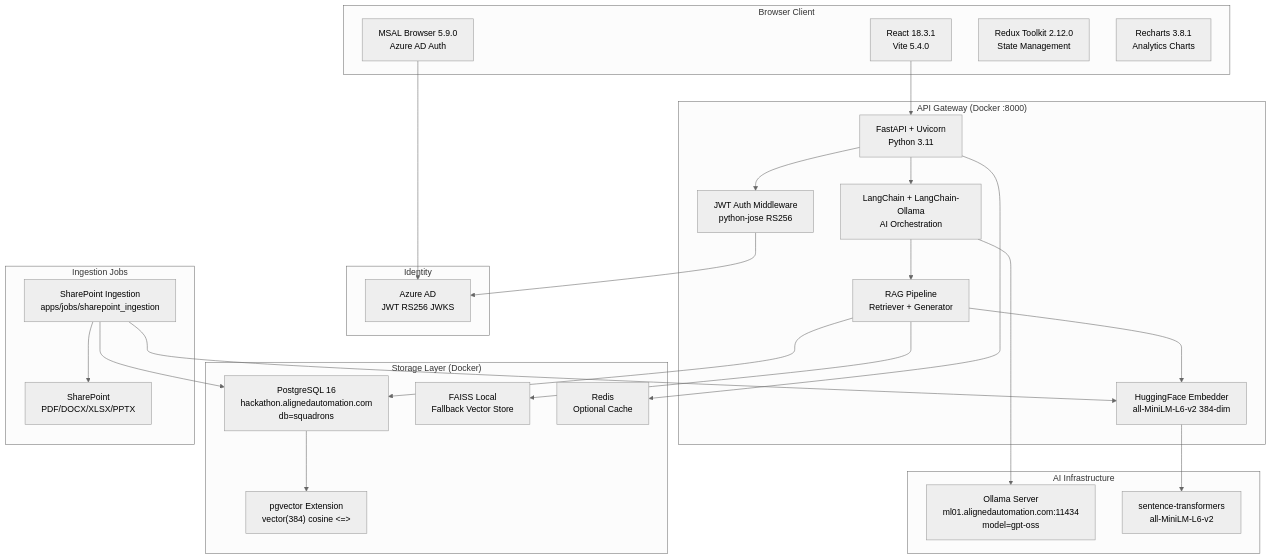
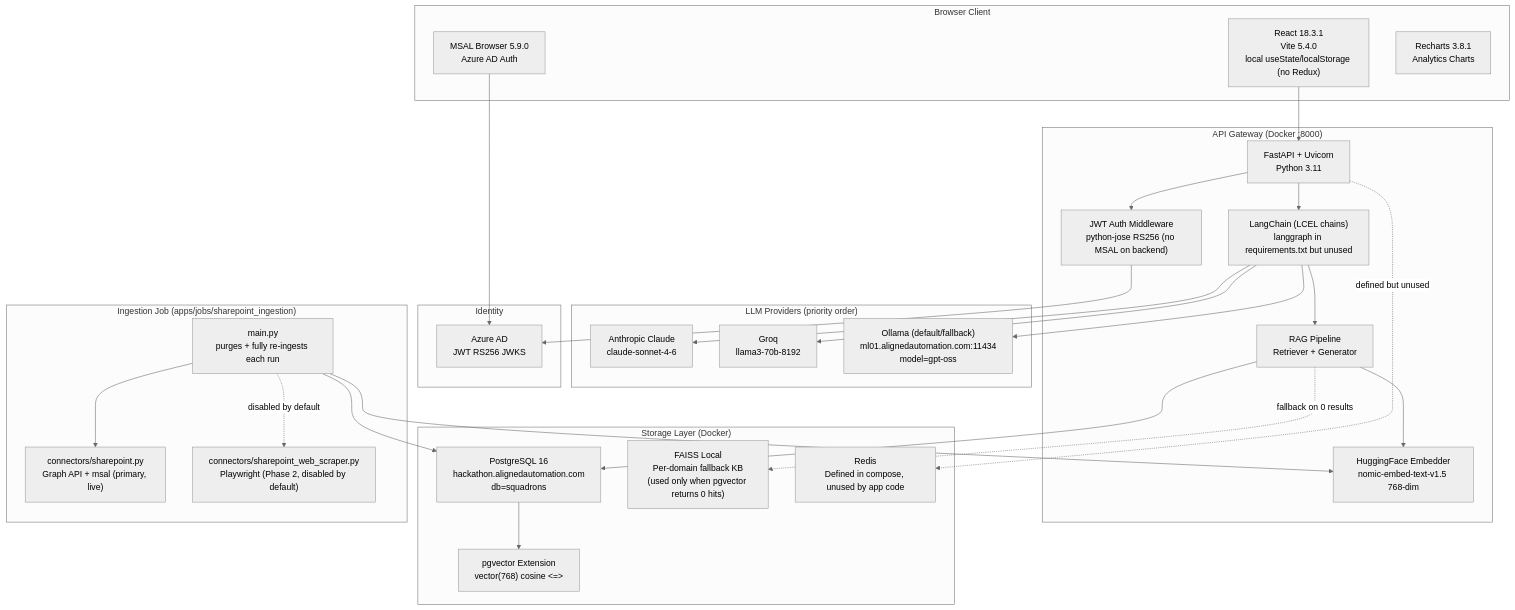
One commit to pdikondaaa/aa-hackathon changed the diagram in knowledge-specs/docs/07-technical/technical-standards.md. Above: the diagram before and after it, drawn with Mermaid (neutral theme). The commit also changed other lines of this file and 71 other files, not shown here.

````diff
--- a/knowledge-specs/docs/07-technical/technical-standards.md
+++ b/knowledge-specs/docs/07-technical/technical-standards.md
@@ -86,55 +87,58 @@
 ```mermaid
 graph TD
     subgraph Client["Browser Client"]
-        React["React 18.3.1\nVite 5.4.0"]
+        React["React 18.3.1\nVite 5.4.0\nlocal useState/localStorage (no Redux)"]
         MSAL["MSAL Browser 5.9.0\nAzure AD Auth"]
-        Redux["Redux Toolkit 2.12.0\nState Management"]
         Recharts["Recharts 3.8.1\nAnalytics Charts"]
     end
 
     subgraph API["API Gateway (Docker :8000)"]
         FastAPI["FastAPI + Uvicorn\nPython 3.11"]
-        Auth["JWT Auth Middleware\npython-jose RS256"]
-        LangChain["LangChain + LangChain-Ollama\nAI Orchestration"]
+        Auth["JWT Auth Middleware\npython-jose RS256 (no MSAL on backend)"]
+        LangChain["LangChain (LCEL chains)\nlanggraph in requirements.txt but unused"]
         RAG["RAG Pipeline\nRetriever + Generator"]
-        Embedder["HuggingFace Embedder\nall-MiniLM-L6-v2 384-dim"]
+        Embedder["HuggingFace Embedder\nnomic-embed-text-v1.5 768-dim"]
     end
 
     subgraph Storage["Storage Layer (Docker)"]
         PG["PostgreSQL 16\nhackathon.alignedautomation.com\ndb=squadrons"]
-        PGV["pgvector Extension\nvector(384) cosine <=>"]
-        FAISS["FAISS Local\nFallback Vector Store"]
-        Redis["Redis\nOptional Cache"]
+        PGV["pgvector Extension\nvector(768) cosine <=>"]
+        FAISS["FAISS Local\nPer-domain fallback KB\n(used only when pgvector returns 0 hits)"]
+        Redis["Redis\nDefined in compose, unused by app code"]
     end
 
-    subgraph AI["AI Infrastructure"]
-        Ollama["Ollama Server\nml01.alignedautomation.com:11434\nmodel=gpt-oss"]
-        SentT["sentence-transformers\nall-MiniLM-L6-v2"]
+    subgraph AI["LLM Providers (priority order)"]
+        Claude["Anthropic Claude\nclaude-sonnet-4-6"]
+        Groq["Groq\nllama3-70b-8192"]
+        Ollama["Ollama (default/fallback)\nml01.alignedautomation.com:11434\nmodel=gpt-oss"]
     end
 
     subgraph Identity["Identity"]
         AzureAD["Azure AD\nJWT RS256 JWKS"]
     end
 
-    subgraph Ingestion["Ingestion Jobs"]
-        SPIngestion["SharePoint Ingestion\napps/jobs/sharepoint_ingestion"]
-        SP["SharePoint\nPDF/DOCX/XLSX/PPTX"]
+    subgraph Ingestion["Ingestion Job (apps/jobs/sharepoint_ingestion)"]
+        SPIngestion["main.py\npurges + fully re-ingests each run"]
+        SPGraph["connectors/sharepoint.py\nGraph API + msal (primary, live)"]
+        SPScrape["connectors/sharepoint_web_scraper.py\nPlaywright (Phase 2, disabled by default)"]
     end
 
     React --> FastAPI
     MSAL --> AzureAD
     FastAPI --> Auth
     Auth --> AzureAD
     FastAPI --> LangChain
+    LangChain --> Claude
+    LangChain --> Groq
     LangChain --> Ollama
     LangChain --> RAG
     RAG --> Embedder
-    Embedder --> SentT
     RAG --> PG
     PG --> PGV
-    RAG --> FAISS
-    FastAPI --> Redis
-    SPIngestion --> SP
+    RAG -. "fallback on 0 results" .-> FAISS
+    FastAPI -. "defined but unused" .-> Redis
+    SPIngestion --> SPGraph
+    SPIngestion -. "disabled by default" .-> SPScrape
     SPIngestion --> PG
     SPIngestion --> Embedder
 ```
````
